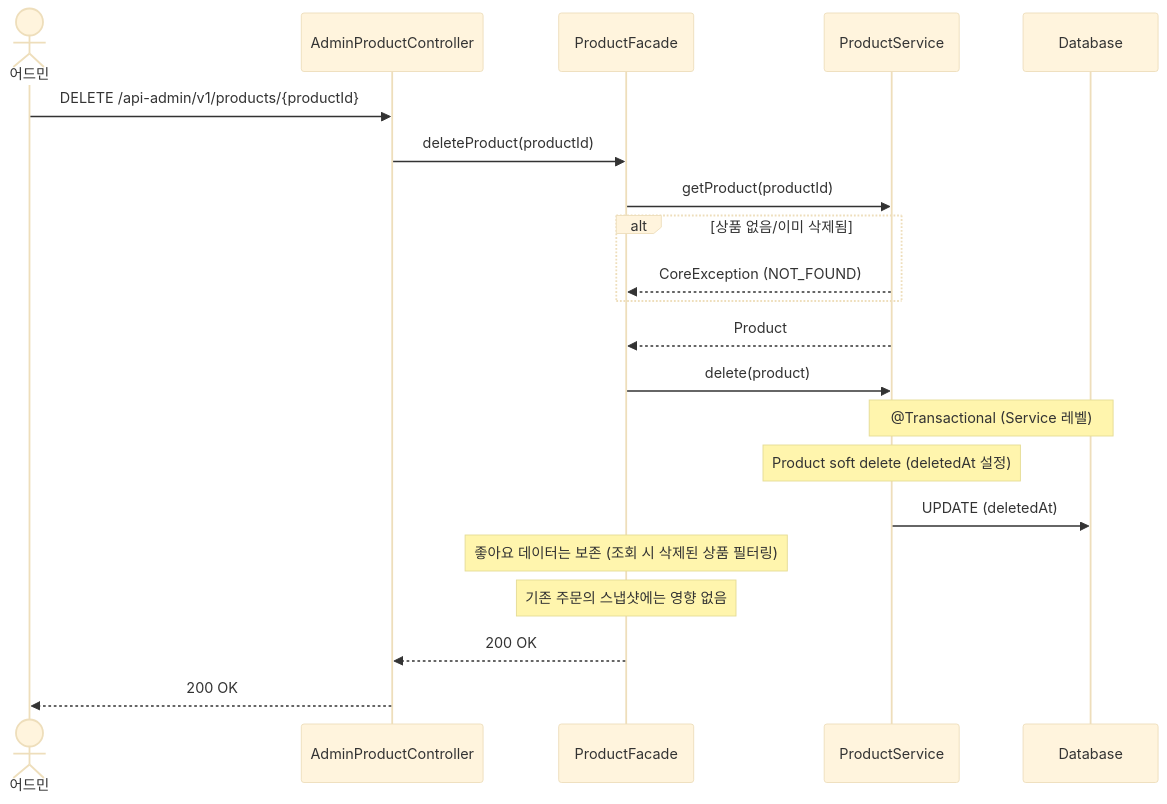
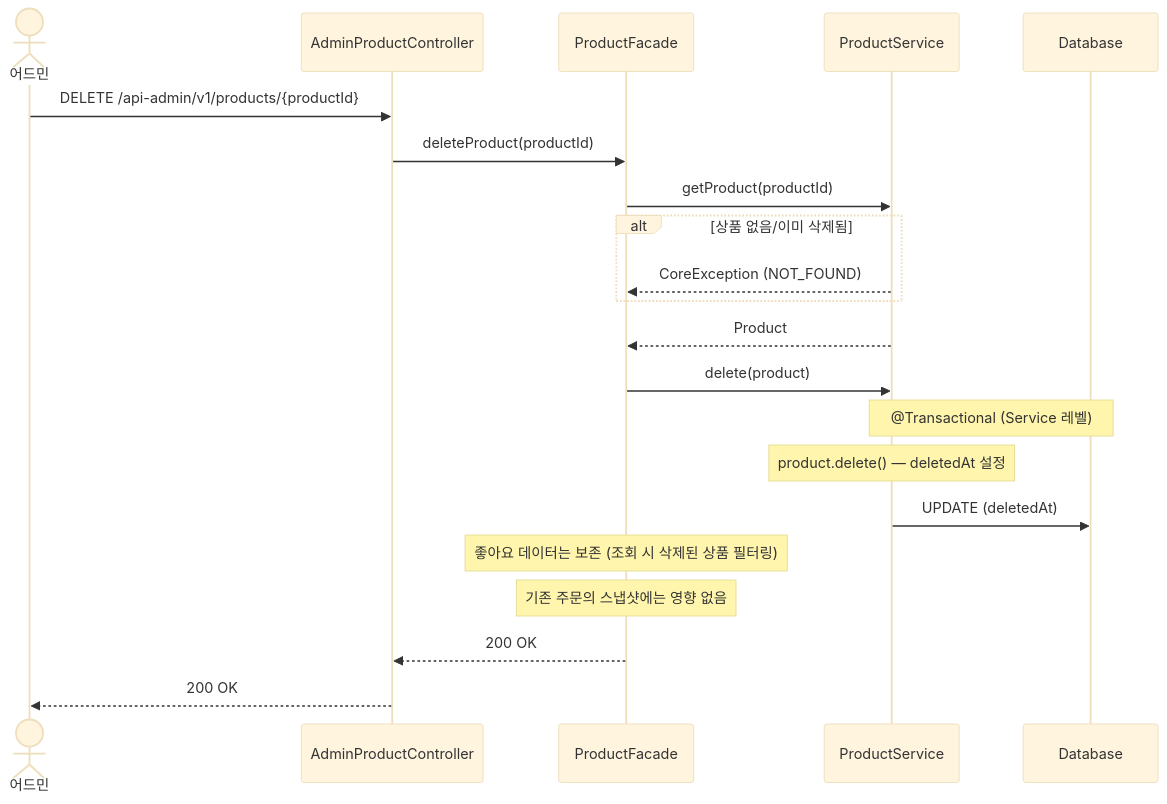
The seventh of 8 diagrams in docs/design/02-sequence-diagrams.md (Loopers-dev-lab/loop-pack-be-l2-vol3-kotlin), drawn with Mermaid (base theme) before and after one commit. The commit also changed other lines of this file, not shown here.

First line of the commit message:
docs: 시퀀스 다이어그램에 도메인 객체 행위 명시

````diff
--- a/docs/design/02-sequence-diagrams.md
+++ b/docs/design/02-sequence-diagrams.md
@@ -311,28 +312,28 @@
 ```mermaid
 sequenceDiagram
     actor A as 어드민
     participant Ctrl as AdminProductController
     participant F as ProductFacade
     participant PS as ProductService
     participant DB as Database
 
     A->>Ctrl: DELETE /api-admin/v1/products/{productId}
     Ctrl->>F: deleteProduct(productId)
 
     F->>PS: getProduct(productId)
     alt 상품 없음/이미 삭제됨
         PS-->>F: CoreException (NOT_FOUND)
     end
     PS-->>F: Product
 
     F->>PS: delete(product)
     Note over PS,DB: @Transactional (Service 레벨)
-    Note over PS: Product soft delete (deletedAt 설정)
+    Note over PS: product.delete() — deletedAt 설정
     PS->>DB: UPDATE (deletedAt)
 
     Note over F: 좋아요 데이터는 보존 (조회 시 삭제된 상품 필터링)
     Note over F: 기존 주문의 스냅샷에는 영향 없음
 
     F-->>Ctrl: 200 OK
     Ctrl-->>A: 200 OK
 ```
````
